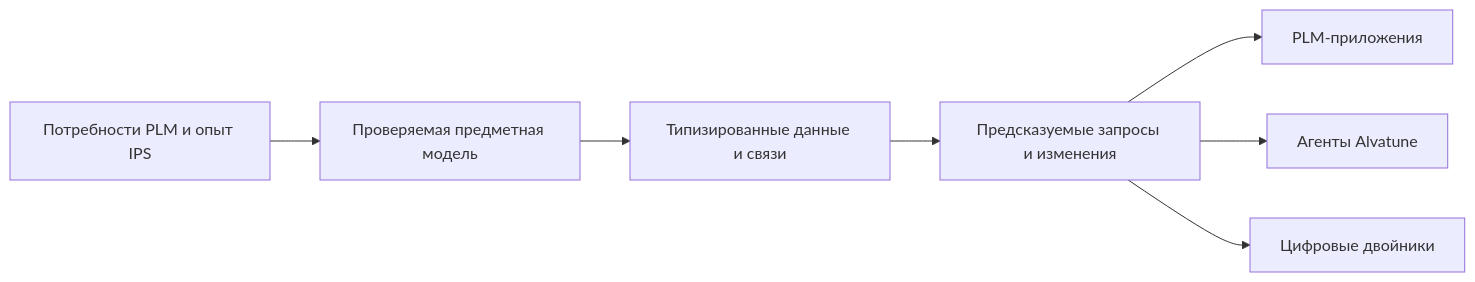
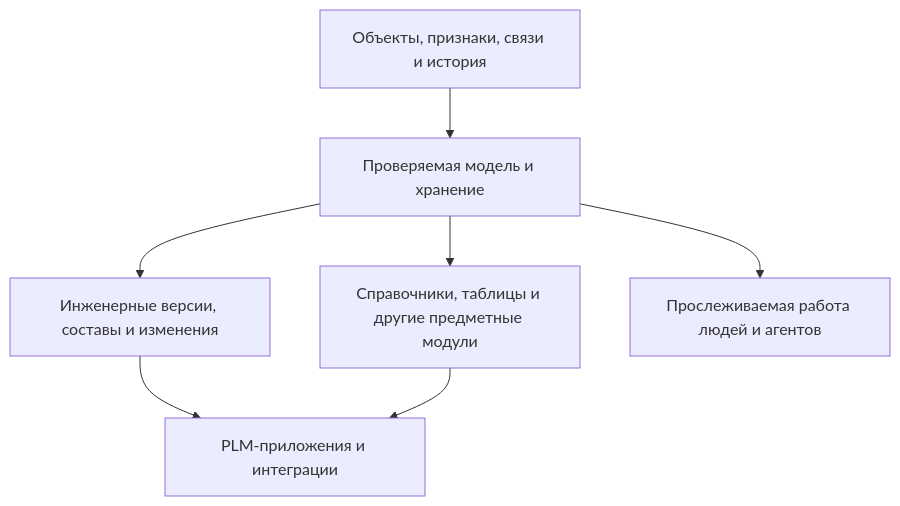
The diagram in wiki/Home.md (ZelAnton/Interlink-product-book), drawn with Mermaid before and after one commit. The commit also changed other lines of this file and 231 other files, not shown here.

````diff
--- a/wiki/Home.md
+++ b/wiki/Home.md
@@ -17,9 +13,9 @@
 ```mermaid
-flowchart LR
-    A["Потребности PLM и опыт IPS"] --> B["Проверяемая предметная модель"]
-    B --> C["Типизированные данные и связи"]
-    C --> D["Предсказуемые запросы и изменения"]
-    D --> E["PLM-приложения"]
-    D --> F["Агенты Alvatune"]
-    D --> G["Цифровые двойники"]
+flowchart TD
+    A["Объекты, признаки, связи и история"] --> B["Проверяемая модель и хранение"]
+    B --> C["Инженерные версии, составы и изменения"]
+    B --> D["Справочники, таблицы и другие предметные модули"]
+    C --> E["PLM-приложения и интеграции"]
+    D --> E
+    B --> F["Прослеживаемая работа людей и агентов"]
 ```
````
